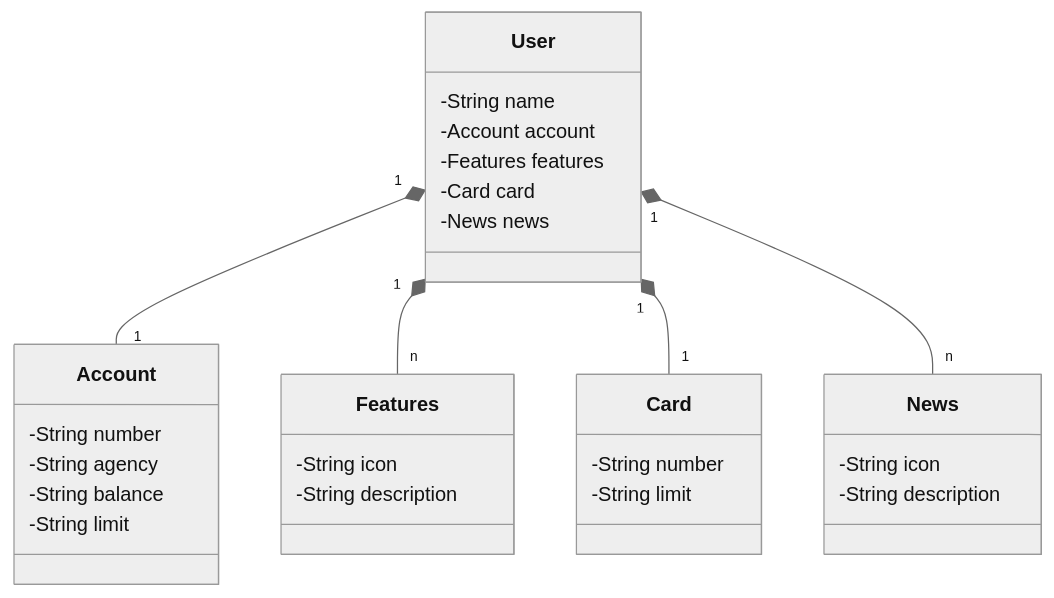
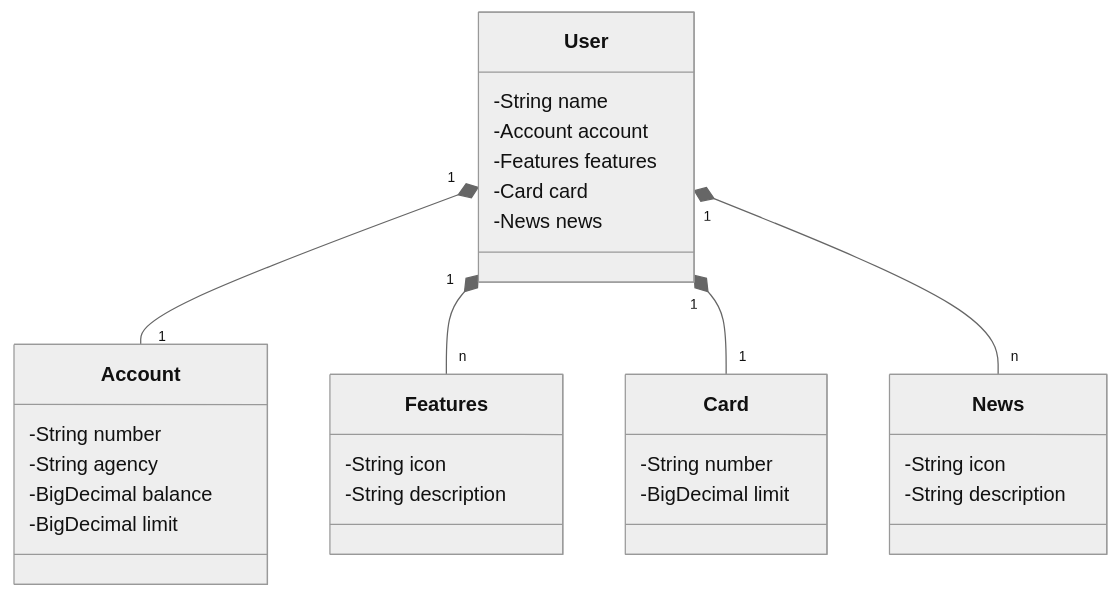
The diagram in README.md (llimadev/santander-dev-week-2023), drawn with Mermaid (neutral theme) before and after one commit.

````diff
--- a/README.md
+++ b/README.md
@@ -6,37 +6,37 @@
 ```mermaid
 classDiagram
     class User {
         -String name
         -Account account
         -Features features
         -Card card
         -News news
     }
 
     class Account {
         -String number
         -String agency
-        -String balance
-        -String limit
+        -BigDecimal balance
+        -BigDecimal limit
     }
 
     class Features {
         -String icon
         -String description
     }
 
     class Card {
         -String number
-        -String limit
+        -BigDecimal limit
     }
 
     class News {
         -String icon
         -String description
     }
 
     User "1" *-- "1" Account
     User "1" *-- "n" Features
     User "1" *-- "1" Card
     User "1" *-- "n" News
 ```
````
